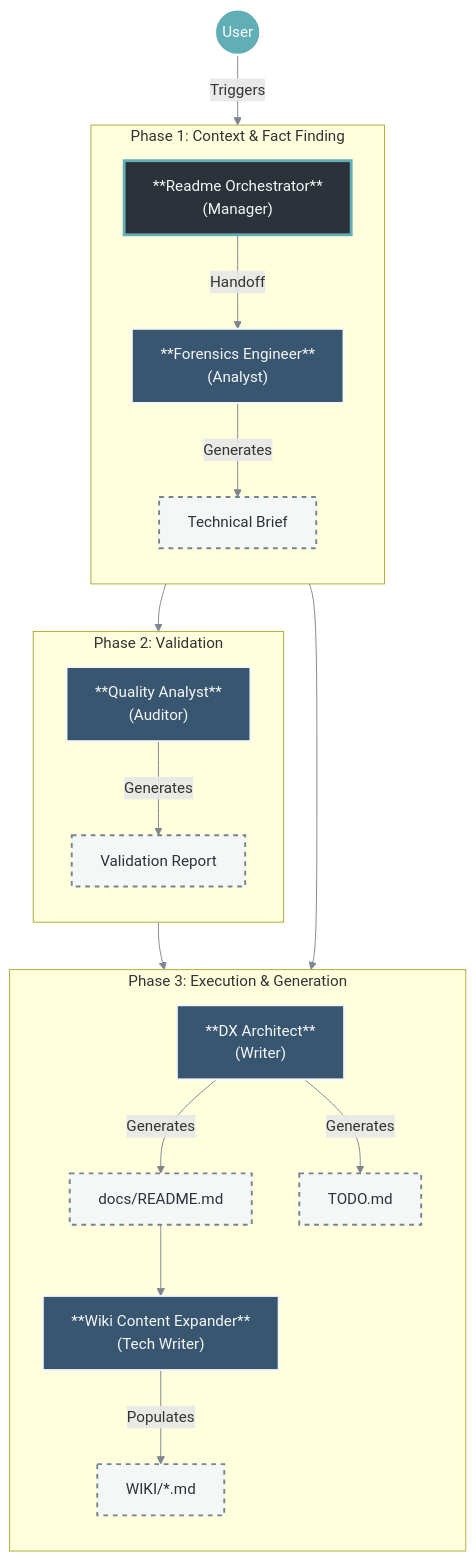
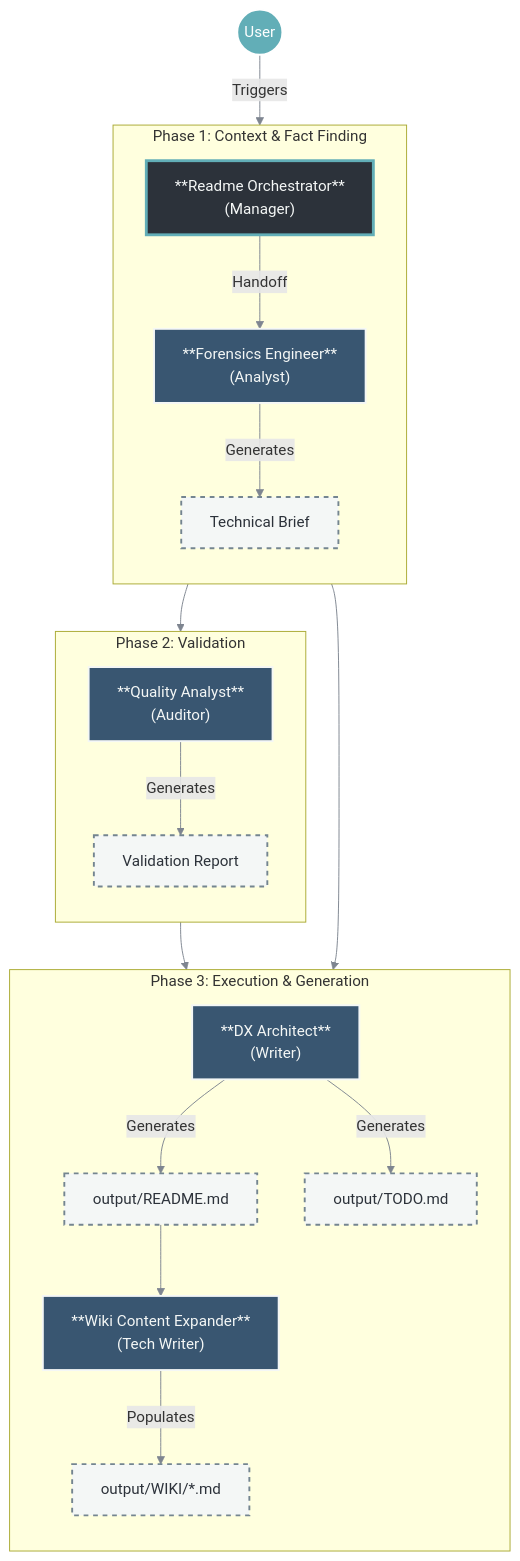
Before and after one commit to pr0methevs/agentic-doc-generator: the first of 2 diagrams in README.md, drawn with Mermaid. The commit also changed other lines of this file and 9 other files, not shown here.

Commit message:
refactor: standardize agent output paths to `output/` directory and add initial wiki home page

````diff
--- a/README.md
+++ b/README.md
@@ -19,43 +19,43 @@
 ```mermaid
     graph TD
     %% Theme Definitions - Nordic Slate
     classDef manager fill:#2c323a,stroke:#62aeb7,stroke-width:3px,color:#f4f7f6
     classDef worker fill:#395671,stroke:#f4f7f6,stroke-width:2px,color:#f4f7f6
     classDef artifact fill:#f4f7f6,stroke:#748590,stroke-width:2px,stroke-dasharray: 5 5,color:#2c323a
     classDef user fill:#62aeb7,stroke:#fff,stroke-width:2px,color:#fff
     linkStyle default stroke:#748590,stroke-width:2px
 
     User((User)) -->|Triggers| Orch["**Readme Orchestrator**<br/>(Manager)"]
     
     subgraph "Phase 1: Context & Fact Finding"
         direction TB
         Orch -->|Handoff| Forensics["**Forensics Engineer**<br/>(Analyst)"]
         Forensics -->|Generates| Brief[Technical Brief]
     end
 
     subgraph "Phase 2: Validation"
         direction TB
         Brief --> QA["**Quality Analyst**<br/>(Auditor)"]
         QA -->|Generates| Report[Validation Report]
     end
 
     subgraph "Phase 3: Execution & Generation"
         direction TB
         Report --> DX["**DX Architect**<br/>(Writer)"]
-        DX -->|Generates| README[docs/README.md]
-        DX -->|Generates| TODO[TODO.md]
+        DX -->|Generates| README[output/README.md]
+        DX -->|Generates| TODO[output/TODO.md]
         
         README --> WikiExp["**Wiki Content Expander**<br/>(Tech Writer)"]
         Brief --> WikiExp
-        WikiExp -->|Populates| Wiki[WIKI/*.md]
+        WikiExp -->|Populates| Wiki[output/WIKI/*.md]
     end
 
     %% Apply Styles
     class Orch manager
     class Forensics,QA,DX,WikiExp worker
     class Brief,Report,README,TODO,Wiki artifact
     class User user
     
     %% Global Styling
     linkStyle default stroke:#7e8590,stroke-width:1px
 ```
````
